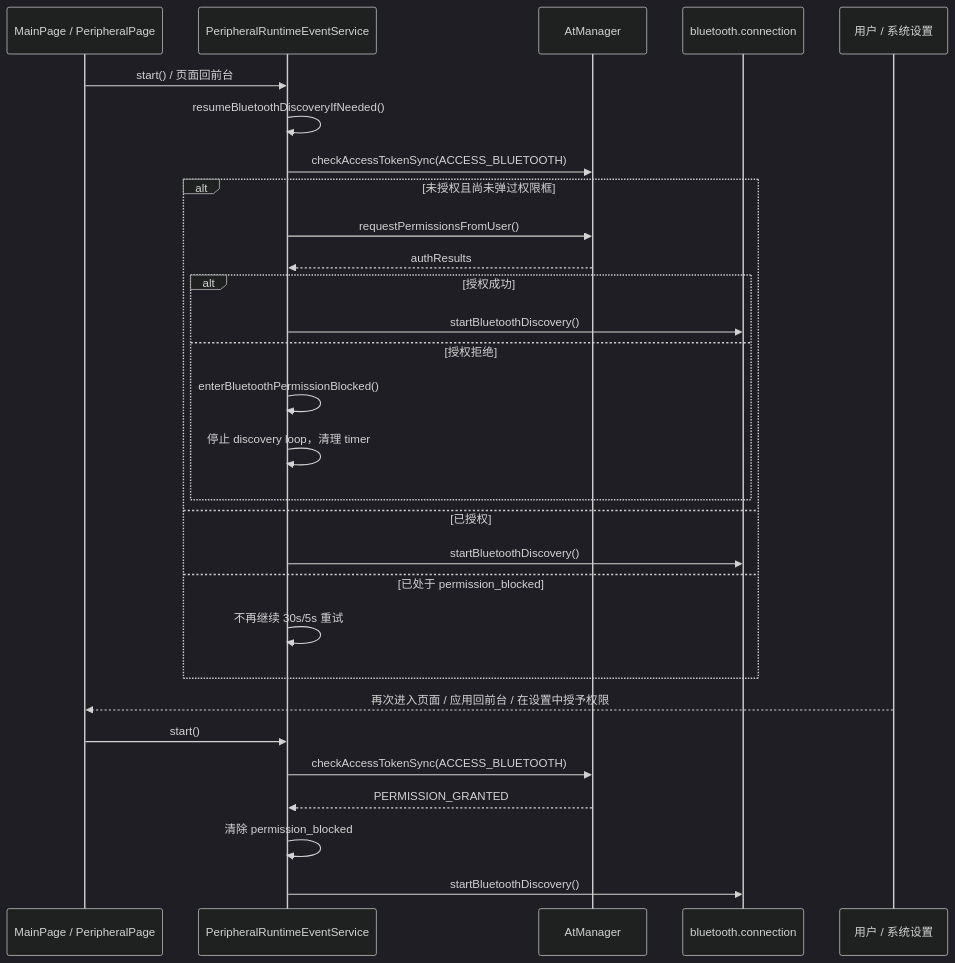
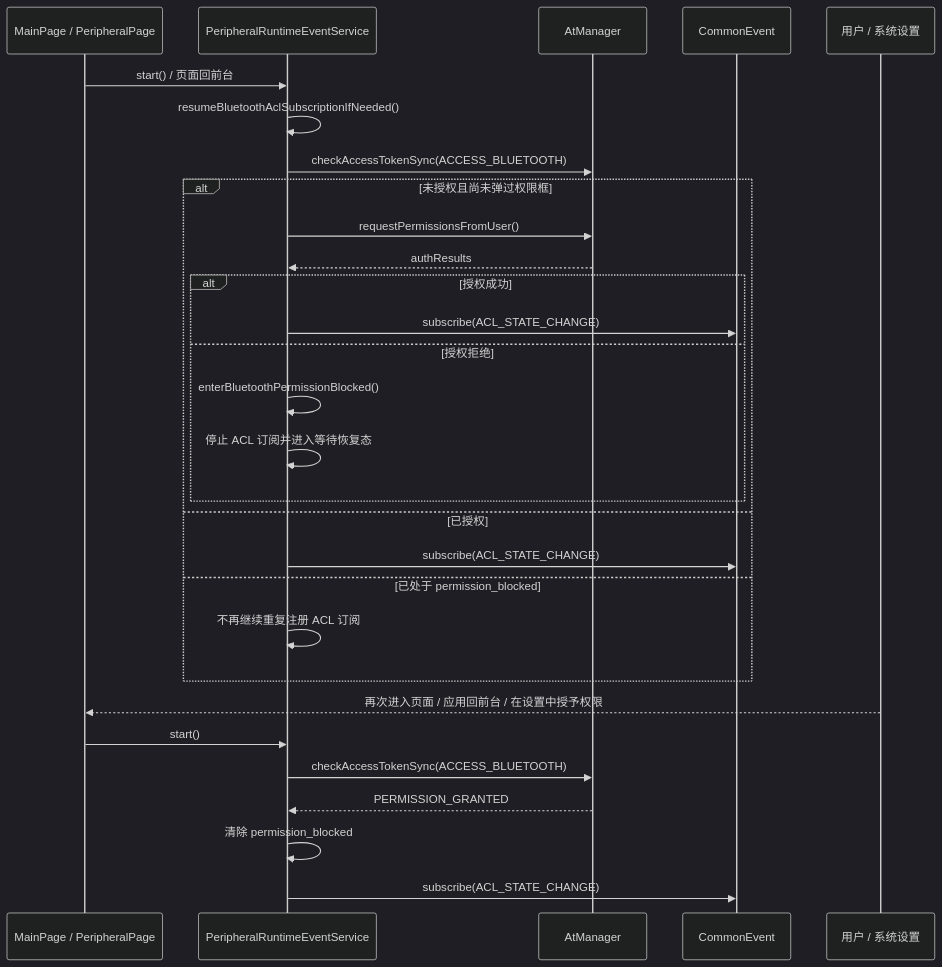
The sixth of 13 diagrams in docs/03-模块设计/外设管理组件设计说明.md (Deslord319/security_tool), drawn with Mermaid (dark theme) before and after one commit. The commit also changed other lines of this file and 7 other files, not shown here.

First line of the commit message:
fix(peripheral-runtime): 改用蓝牙 ACL 连接事件驱动连接记录

````diff
--- a/docs/03-模块设计/外设管理组件设计说明.md
+++ b/docs/03-模块设计/外设管理组件设计说明.md
@@ -442,33 +441,33 @@
 ```mermaid
 sequenceDiagram
   participant Page as MainPage / PeripheralPage
   participant Runtime as PeripheralRuntimeEventService
   participant AT as AtManager
-  participant Conn as bluetooth.connection
+  participant CE as CommonEvent
   participant User as 用户 / 系统设置
 
   Page->>Runtime: start() / 页面回前台
-  Runtime->>Runtime: resumeBluetoothDiscoveryIfNeeded()
+  Runtime->>Runtime: resumeBluetoothAclSubscriptionIfNeeded()
   Runtime->>AT: checkAccessTokenSync(ACCESS_BLUETOOTH)
   alt 未授权且尚未弹过权限框
     Runtime->>AT: requestPermissionsFromUser()
     AT-->>Runtime: authResults
     alt 授权成功
-      Runtime->>Conn: startBluetoothDiscovery()
+      Runtime->>CE: subscribe(ACL_STATE_CHANGE)
     else 授权拒绝
       Runtime->>Runtime: enterBluetoothPermissionBlocked()
-      Runtime->>Runtime: 停止 discovery loop，清理 timer
+      Runtime->>Runtime: 停止 ACL 订阅并进入等待恢复态
     end
   else 已授权
-    Runtime->>Conn: startBluetoothDiscovery()
+    Runtime->>CE: subscribe(ACL_STATE_CHANGE)
   else 已处于 permission_blocked
-    Runtime->>Runtime: 不再继续 30s/5s 重试
+    Runtime->>Runtime: 不再继续重复注册 ACL 订阅
   end
 
   User-->>Page: 再次进入页面 / 应用回前台 / 在设置中授予权限
   Page->>Runtime: start()
   Runtime->>AT: checkAccessTokenSync(ACCESS_BLUETOOTH)
   AT-->>Runtime: PERMISSION_GRANTED
   Runtime->>Runtime: 清除 permission_blocked
-  Runtime->>Conn: startBluetoothDiscovery()
+  Runtime->>CE: subscribe(ACL_STATE_CHANGE)
 ```
````
